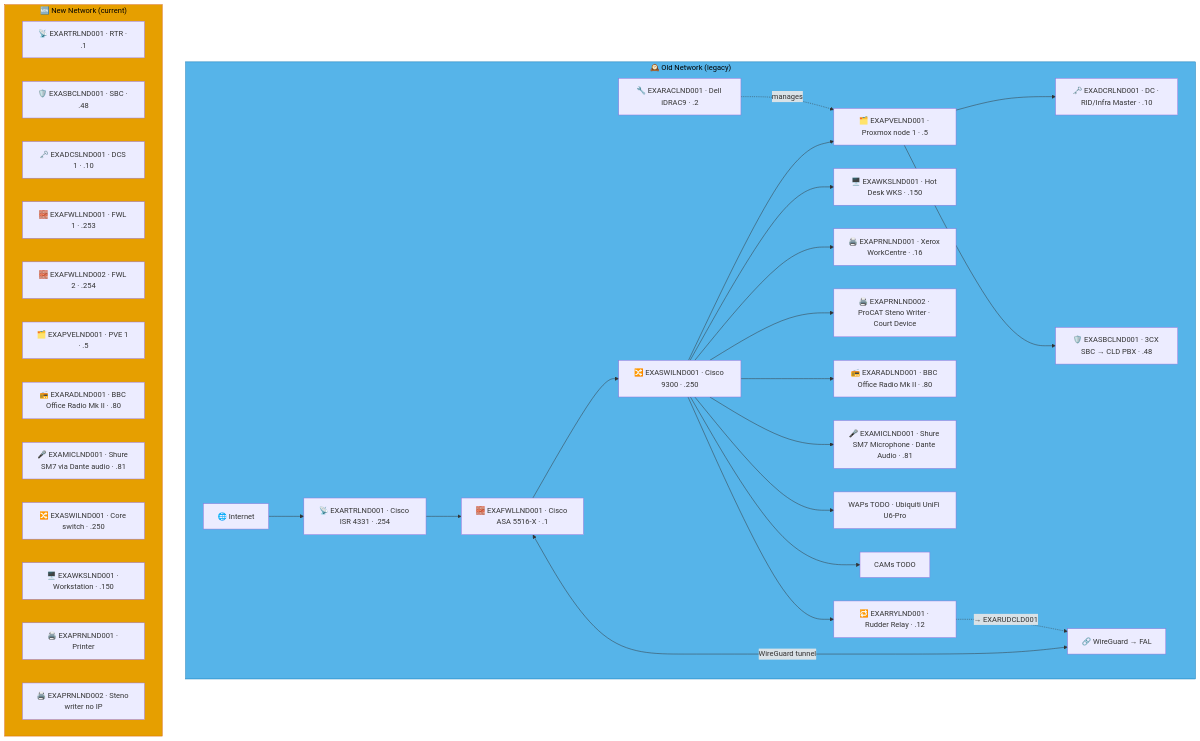
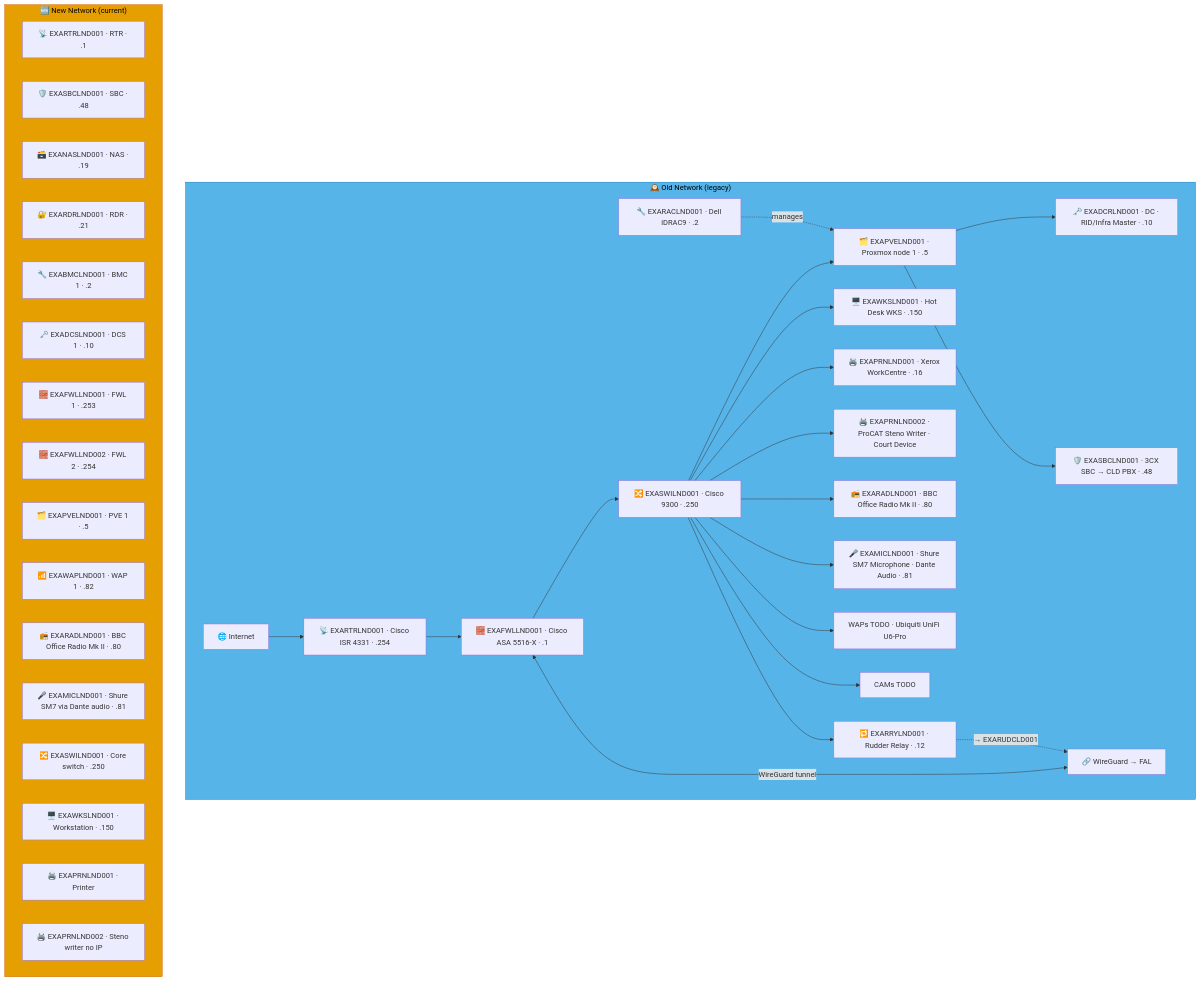
The first of 9 diagrams in docs/network-diagram/england.md (knightmare2600/example_music_infra), drawn with Mermaid before and after one commit. The commit also changed other lines of this file and 15 other files, not shown here.

````diff
--- a/docs/network-diagram/england.md
+++ b/docs/network-diagram/england.md
@@ -16,49 +16,53 @@
 ```mermaid
 graph TD
     subgraph OLD_LND ["🕰️ Old Network (legacy)"]
       INET["🌐 Internet"]
       FWL["🧱 EXAFWLLND001 · Cisco ASA 5516-X · .1"]
       SW["🔀 EXASWILND001 · Cisco 9300 · .250"]
       RTR["📡 EXARTRLND001 · Cisco ISR 4331 · .254"]
       RAC["🔧 EXARACLND001 · Dell iDRAC9 · .2"]
       PVE["🗂️ EXAPVELND001 · Proxmox node 1 · .5"]
       DC["🗝️ EXADCRLND001 · DC · RID/Infra Master · .10"]
       SBC["🛡️ EXASBCLND001 · 3CX SBC → CLD PBX · .48"]
       RRY["🔁 EXARRYLND001 · Rudder Relay · .12"]
       WKS["🖥️ EXAWKSLND001 · Hot Desk WKS · .150"]
       PRN1["🖨️ EXAPRNLND001 · Xerox WorkCentre · .16"]
       PRN2["🖨️ EXAPRNLND002 · ProCAT Steno Writer · Court Device"]
       RAD["📻 EXARADLND001 · BBC Office Radio Mk II · .80"]
       MIC["🎤 EXAMICLND001 · Shure SM7 Microphone · Dante Audio · .81"]
       WAP["WAPs TODO · Ubiquiti UniFi U6-Pro"]
       CAM["CAMs TODO"]
       VPN["🔗 WireGuard → FAL"]
 
       INET --> RTR --> FWL --> SW
       SW --> PVE --> DC & SBC
       RAC -.->|"manages"| PVE
       SW --> WKS & PRN1 & PRN2 & RAD & MIC & WAP & CAM
       FWL <-->|"WireGuard tunnel"| VPN
 
       SW --> RRY
       RRY -. "→ EXARUDCLD001" .-> VPN
     end
     style OLD_LND fill:#56B4E9,stroke:#0072B2,color:#000000
     %% GENERATED:NEW-NETWORK:LND:START
     subgraph NEW_LND ["🆕 New Network (current)"]
       N_RTR["📡 EXARTRLND001 · RTR · .1"]
       N_SBC["🛡️ EXASBCLND001 · SBC · .48"]
+      N_NAS["🗃️ EXANASLND001 · NAS · .19"]
+      N_RDR["🔐 EXARDRLND001 · RDR · .21"]
+      N_BMC["🔧 EXABMCLND001 · BMC 1 · .2"]
       N_DCS["🗝️ EXADCSLND001 · DCS 1 · .10"]
       N_FWL["🧱 EXAFWLLND001 · FWL 1 · .253"]
       N_FWL2["🧱 EXAFWLLND002 · FWL 2 · .254"]
       N_PVE["🗂️ EXAPVELND001 · PVE 1 · .5"]
+      N_WAP["📶 EXAWAPLND001 · WAP 1 · .82"]
       N_RAD["📻 EXARADLND001 · BBC Office Radio Mk II · .80"]
       N_MIC["🎤 EXAMICLND001 · Shure SM7 via Dante audio · .81"]
       N_SWI["🔀 EXASWILND001 · Core switch · .250"]
       N_WKS["🖥️ EXAWKSLND001 · Workstation · .150"]
       N_PRN["🖨️ EXAPRNLND001 · Printer"]
       N_PRN2["🖨️ EXAPRNLND002 · Steno writer no IP"]
     end
     style NEW_LND fill:#E69F00,stroke:#D55E00,color:#000000
     %% GENERATED:NEW-NETWORK:LND:END
 ```
````
